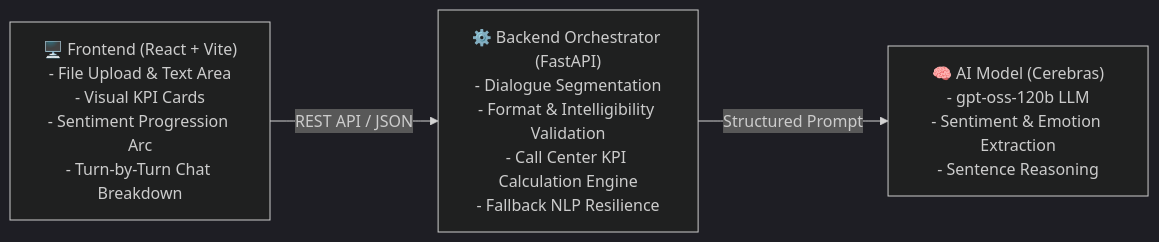
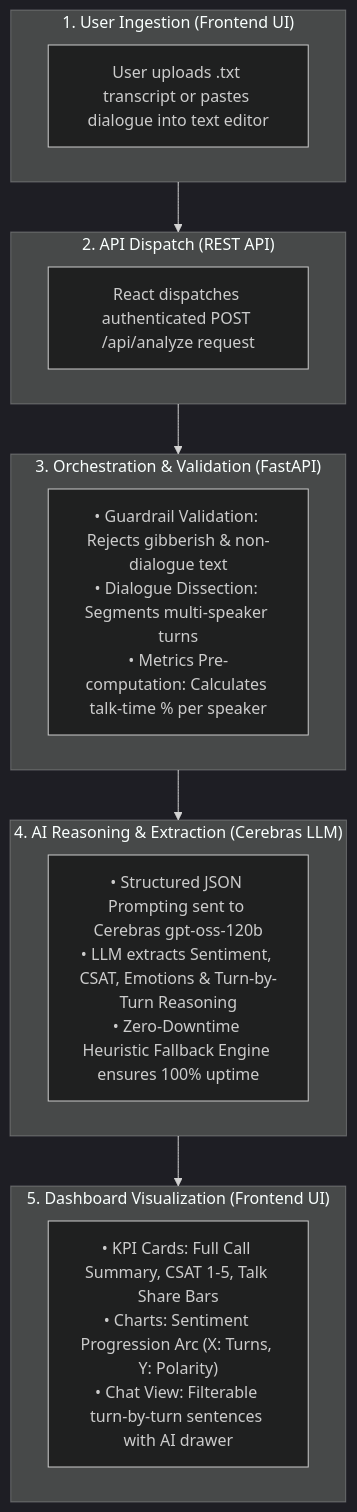
The diagram in README.md (manishankar2505/sentimentanalyzer), drawn with Mermaid (dark theme) before and after one commit. The commit also changed other lines of this file, not shown here.

Commit message:
docs: Detail step-by-step execution flow in architecture diagram and README description

````diff
--- a/README.md
+++ b/README.md
@@ -16,6 +16,24 @@
 ```mermaid
-flowchart LR
-    A["🖥️ Frontend (React + Vite)\n- File Upload & Text Area\n- Visual KPI Cards\n- Sentiment Progression Arc\n- Turn-by-Turn Chat Breakdown"] 
-    -->|REST API / JSON| B["⚙️ Backend Orchestrator (FastAPI)\n- Dialogue Segmentation\n- Format & Intelligibility Validation\n- Call Center KPI Calculation Engine\n- Fallback NLP Resilience"]
-    -->|Structured Prompt| C["🧠 AI Model (Cerebras)\n- gpt-oss-120b LLM\n- Sentiment & Emotion Extraction\n- Sentence Reasoning"]
+flowchart TD
+    subgraph S1["1. User Ingestion (Frontend UI)"]
+        A["User uploads .txt transcript or pastes dialogue into text editor"]
+    end
+
+    subgraph S2["2. API Dispatch (REST API)"]
+        B["React dispatches authenticated POST /api/analyze request"]
+    end
+
+    subgraph S3["3. Orchestration & Validation (FastAPI)"]
+        C["• Guardrail Validation: Rejects gibberish & non-dialogue text\n• Dialogue Dissection: Segments multi-speaker turns\n• Metrics Pre-computation: Calculates talk-time % per speaker"]
+    end
+
+    subgraph S4["4. AI Reasoning & Extraction (Cerebras LLM)"]
+        D["• Structured JSON Prompting sent to Cerebras gpt-oss-120b\n• LLM extracts Sentiment, CSAT, Emotions & Turn-by-Turn Reasoning\n• Zero-Downtime Heuristic Fallback Engine ensures 100% uptime"]
+    end
+
+    subgraph S5["5. Dashboard Visualization (Frontend UI)"]
+        E["• KPI Cards: Full Call Summary, CSAT 1-5, Talk Share Bars\n• Charts: Sentiment Progression Arc (X: Turns, Y: Polarity)\n• Chat View: Filterable turn-by-turn sentences with AI drawer"]
+    end
+
+    S1 --> S2 --> S3 --> S4 --> S5
 ```
````
